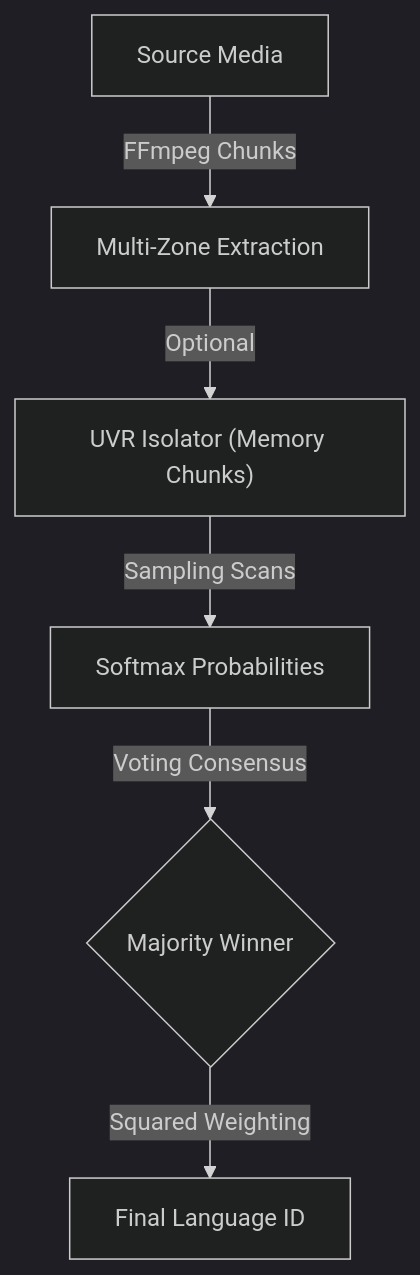
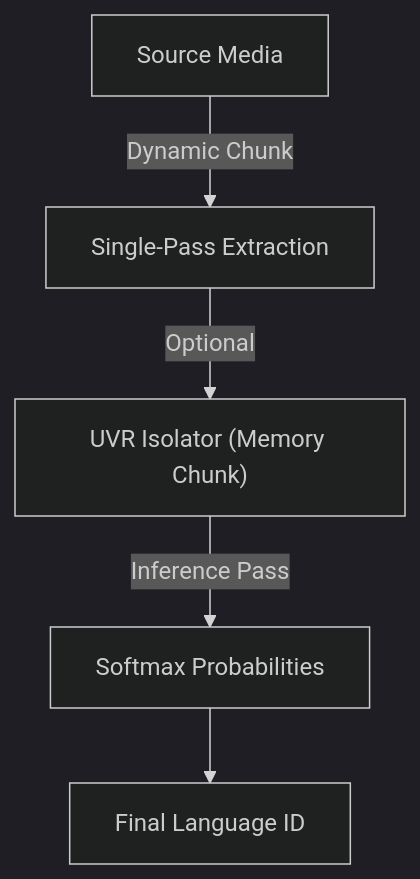
The first of 3 diagrams in README.md (ventura8/Whisper-Pro-ASR), drawn with Mermaid (dark theme) before and after one commit. The commit also changed other lines of this file and 5 other files, not shown here.

First line of the commit message:
v1.0.3 dynamic segment size language detection

````diff
--- a/README.md
+++ b/README.md
@@ -76,8 +90,7 @@
 ```mermaid
 graph TD
-    A[Source Media] -->|FFmpeg Chunks| LD[Multi-Zone Extraction]
-    LD -->|Optional| UVR_LD["UVR Isolator (Memory Chunks)"]
-    UVR_LD -->|Sampling Scans| SOFTMAX[Softmax Probabilities]
-    SOFTMAX -->|Voting Consensus| WINNER{Majority Winner}
-    WINNER -->|Squared Weighting| LANG[Final Language ID]
+    A[Source Media] -->|Dynamic Chunk| LD[Single-Pass Extraction]
+    LD -->|Optional| UVR_LD["UVR Isolator (Memory Chunk)"]
+    UVR_LD -->|Inference Pass| SOFTMAX[Softmax Probabilities]
+    SOFTMAX --> LANG[Final Language ID]
 ```
````
